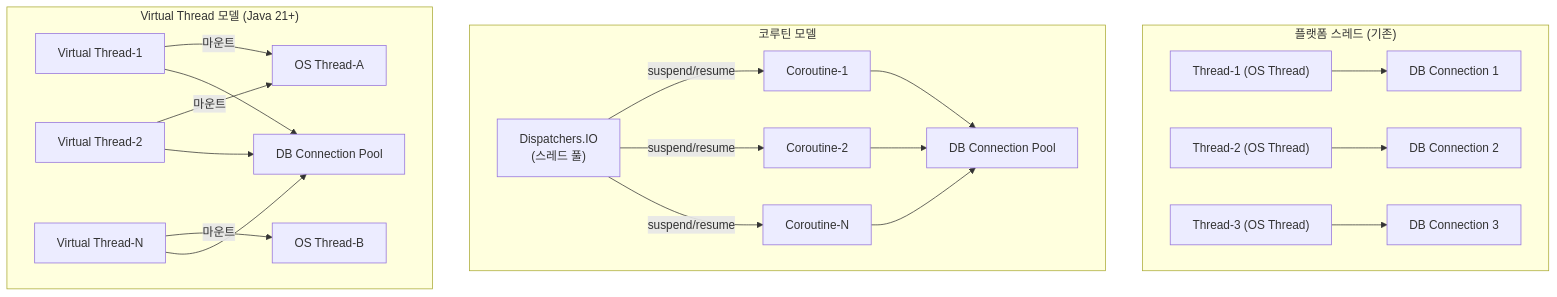
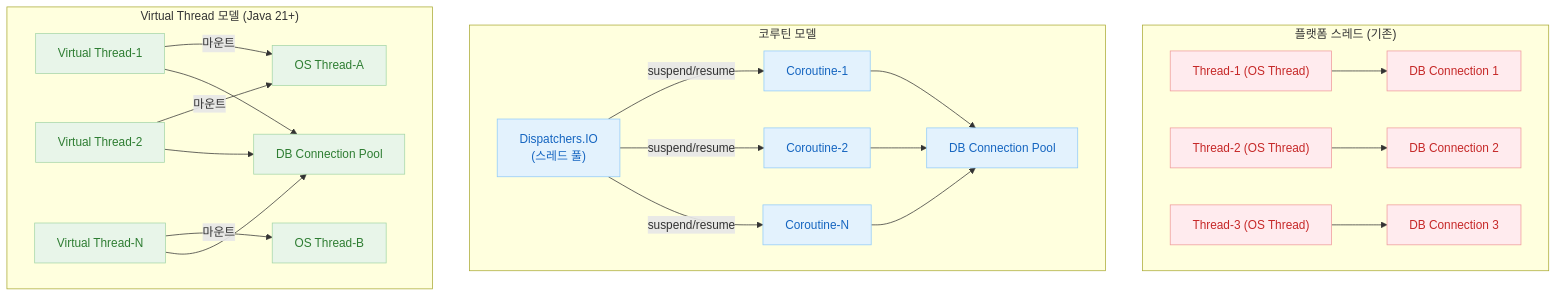
Before and after one commit to bluetape4k/exposed-workshop: the second of 4 diagrams in 08-coroutines/README.md, drawn with Mermaid. The commit also changed other lines of this file and 56 other files, not shown here.

First line of the commit message:
docs: 전체 README mermaid 다이어그램에 파스텔 톤 색상 적용

````diff
--- a/08-coroutines/README.md
+++ b/08-coroutines/README.md
@@ -57,22 +67,32 @@
 ```mermaid
 flowchart TD
     subgraph Platform["플랫폼 스레드 (기존)"]
         PT1["Thread-1 (OS Thread)"] --> DB1["DB Connection 1"]
         PT2["Thread-2 (OS Thread)"] --> DB2["DB Connection 2"]
         PT3["Thread-3 (OS Thread)"] --> DB3["DB Connection 3"]
     end
 
     subgraph CoroutineModel["코루틴 모델"]
         CT1["Dispatchers.IO\n(스레드 풀)"] --> |"suspend/resume"| CR1["Coroutine-1"]
         CT1 --> |"suspend/resume"| CR2["Coroutine-2"]
         CT1 --> |"suspend/resume"| CR3["Coroutine-N"]
         CR1 & CR2 & CR3 --> DBPool1["DB Connection Pool"]
     end
 
     subgraph VTModel["Virtual Thread 모델 (Java 21+)"]
         VT1["Virtual Thread-1"] --> |"마운트"| OS1["OS Thread-A"]
         VT2["Virtual Thread-2"] --> |"마운트"| OS1
         VT3["Virtual Thread-N"] --> |"마운트"| OS2["OS Thread-B"]
         VT1 & VT2 & VT3 --> DBPool2["DB Connection Pool"]
     end
+
+    classDef red fill:#FFEBEE,stroke:#EF9A9A,color:#C62828
+    classDef blue fill:#E3F2FD,stroke:#90CAF9,color:#1565C0
+    classDef green fill:#E8F5E9,stroke:#A5D6A7,color:#2E7D32
+    classDef orange fill:#FFF3E0,stroke:#FFCC80,color:#E65100
+
+    class PT1,PT2,PT3 red
+    class DB1,DB2,DB3 red
+    class CT1,CR1,CR2,CR3,DBPool1 blue
+    class VT1,VT2,VT3,OS1,OS2,DBPool2 green
 ```
````
